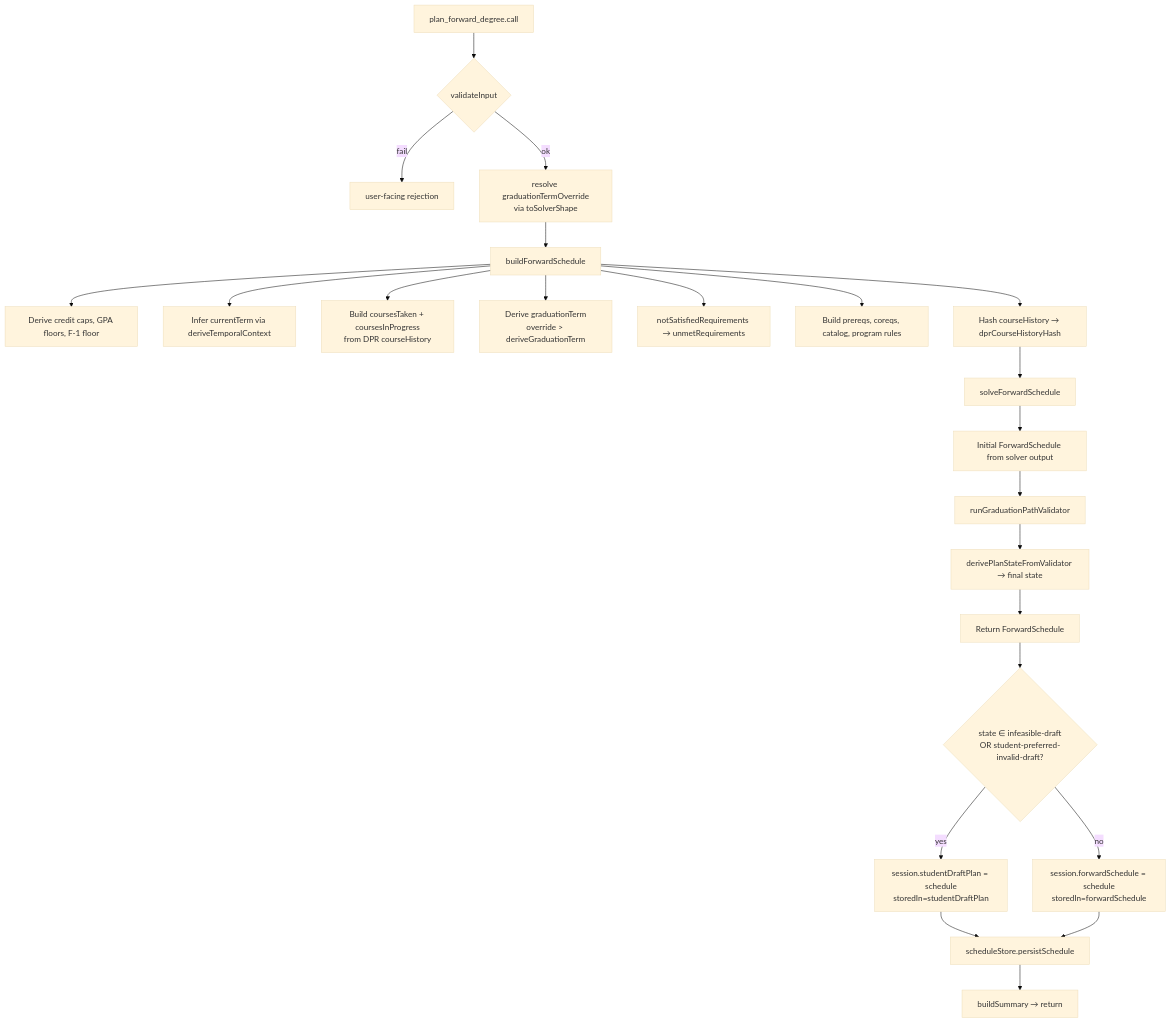
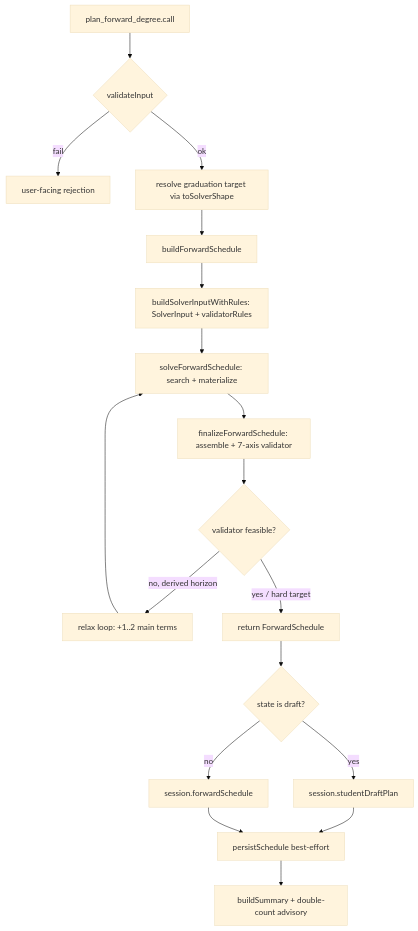
Before and after one commit to EdoardoMongardi/NYU_Path: the second of 3 diagrams in Docs/current-system/tools/plan_forward_degree.md, drawn with Mermaid (base theme). The commit also changed other lines of this file and 73 other files, not shown here.

````diff
--- a/Docs/current-system/tools/plan_forward_degree.md
+++ b/Docs/current-system/tools/plan_forward_degree.md
@@ -110,25 +101,20 @@
 ```mermaid
 flowchart TD
     A[plan_forward_degree.call] --> B{validateInput}
     B -- fail --> Z[user-facing rejection]
-    B -- ok --> C[resolve graduationTermOverride<br/>via toSolverShape]
+    B -- ok --> C[resolve graduation target via toSolverShape]
     C --> D[buildForwardSchedule]
-    D --> D1[Derive credit caps, GPA floors, F-1 floor]
-    D --> D2[Infer currentTerm via deriveTemporalContext]
-    D --> D3[Build coursesTaken + coursesInProgress<br/>from DPR courseHistory]
-    D --> D4[Derive graduationTerm<br/>override > deriveGraduationTerm]
-    D --> D5[notSatisfiedRequirements → unmetRequirements]
-    D --> D6[Build prereqs, coreqs, catalog, program rules]
-    D --> D7[Hash courseHistory → dprCourseHistoryHash]
-    D7 --> E[solveForwardSchedule]
-    E --> F[Initial ForwardSchedule from solver output]
-    F --> G[runGraduationPathValidator]
-    G --> H[derivePlanStateFromValidator → final state]
-    H --> I[Return ForwardSchedule]
-    I --> J{state ∈ infeasible-draft<br/>OR student-preferred-invalid-draft?}
-    J -- yes --> K[session.studentDraftPlan = schedule<br/>storedIn=studentDraftPlan]
-    J -- no --> L[session.forwardSchedule = schedule<br/>storedIn=forwardSchedule]
-    K --> M[scheduleStore.persistSchedule]
-    L --> M
-    M --> N[buildSummary → return]
+    D --> E[buildSolverInputWithRules: SolverInput + validatorRules]
+    E --> F[solveForwardSchedule: search + materialize]
+    F --> G[finalizeForwardSchedule: assemble + 7-axis validator]
+    G --> H{validator feasible?}
+    H -- no, derived horizon --> I[relax loop: +1..2 main terms]
+    I --> F
+    H -- yes / hard target --> J[return ForwardSchedule]
+    J --> K{state is draft?}
+    K -- yes --> L[session.studentDraftPlan]
+    K -- no --> M[session.forwardSchedule]
+    L --> N[persistSchedule best-effort]
+    M --> N
+    N --> O[buildSummary + double-count advisory]
 ```
````
